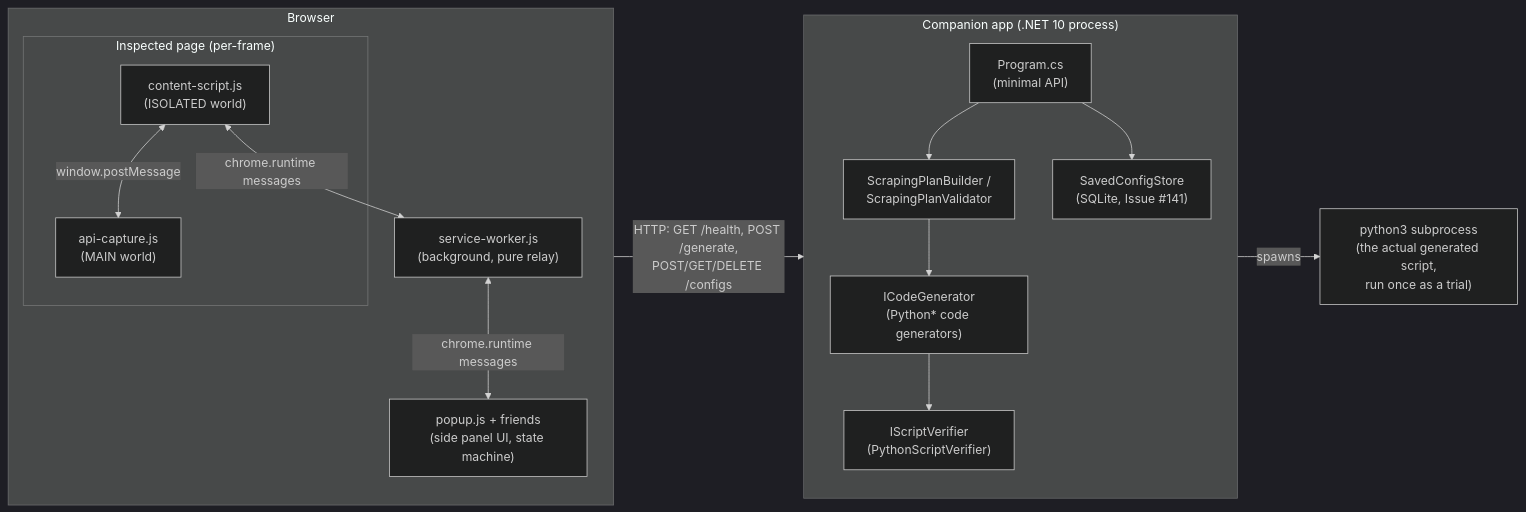
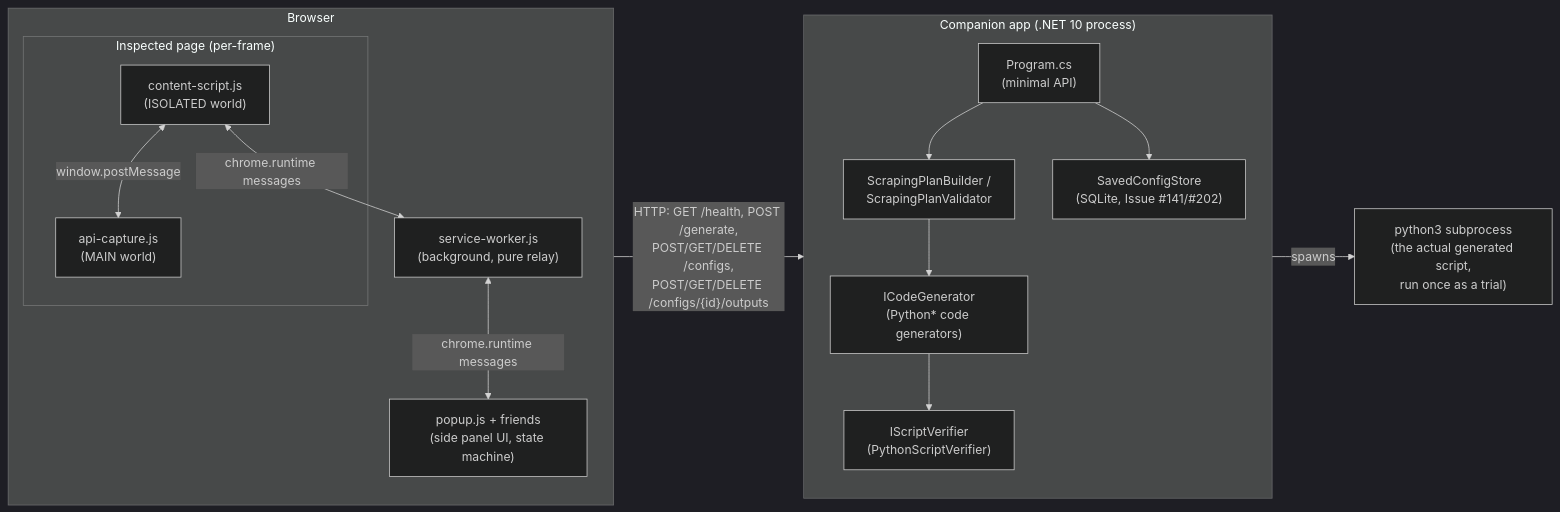
The first of 7 diagrams in docs/ARCHITECTURE.md (Aventinis/Scraping-Factory), drawn with Mermaid (dark theme) before and after one commit. The commit also changed other lines of this file and 1 other file, not shown here.

First line of the commit message:
docs(persist-run-outputs): document Issue #202 in CLAUDE.md and ARCHITECTURE.md

````diff
--- a/docs/ARCHITECTURE.md
+++ b/docs/ARCHITECTURE.md
@@ -33,27 +33,27 @@
 ```mermaid
 flowchart LR
     subgraph Browser["Browser"]
         direction TB
         subgraph Page["Inspected page (per-frame)"]
             CS["content-script.js\n(ISOLATED world)"]
             AC["api-capture.js\n(MAIN world)"]
             CS <-- window.postMessage --> AC
         end
         SW["service-worker.js\n(background, pure relay)"]
         SP["popup.js + friends\n(side panel UI, state machine)"]
         CS <-- chrome.runtime messages --> SW
         SW <-- chrome.runtime messages --> SP
     end
-    SP -- "HTTP: GET /health, POST /generate,\nPOST/GET/DELETE /configs" --> Companion
+    SP -- "HTTP: GET /health, POST /generate,\nPOST/GET/DELETE /configs,\nPOST/GET/DELETE /configs/{id}/outputs" --> Companion
     subgraph Companion["Companion app (.NET 10 process)"]
         direction TB
         Program["Program.cs\n(minimal API)"]
         Plan["ScrapingPlanBuilder /\nScrapingPlanValidator"]
         Gen["ICodeGenerator\n(Python* code generators)"]
         Ver["IScriptVerifier\n(PythonScriptVerifier)"]
-        Store["SavedConfigStore\n(SQLite, Issue #141)"]
+        Store["SavedConfigStore\n(SQLite, Issue #141/#202)"]
         Program --> Plan --> Gen --> Ver
         Program --> Store
     end
     Ver -- "spawns" --> PySub["python3 subprocess\n(the actual generated script,\nrun once as a trial)"]
 ```
````
